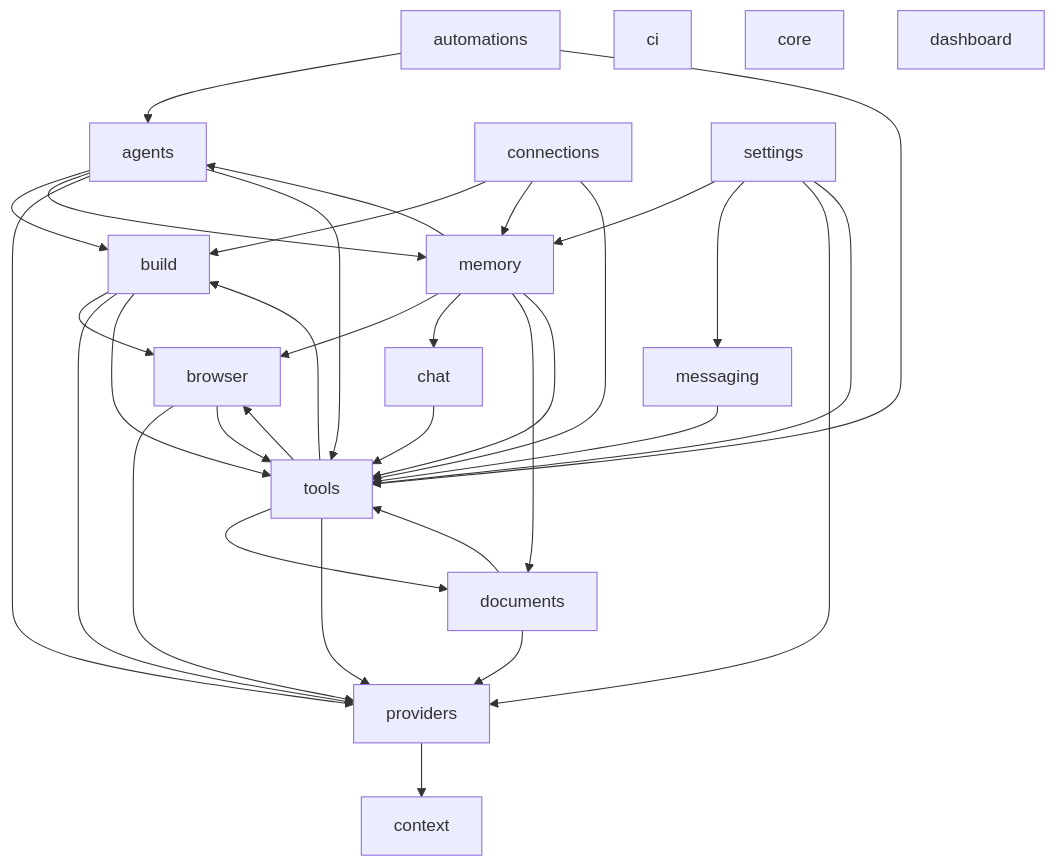
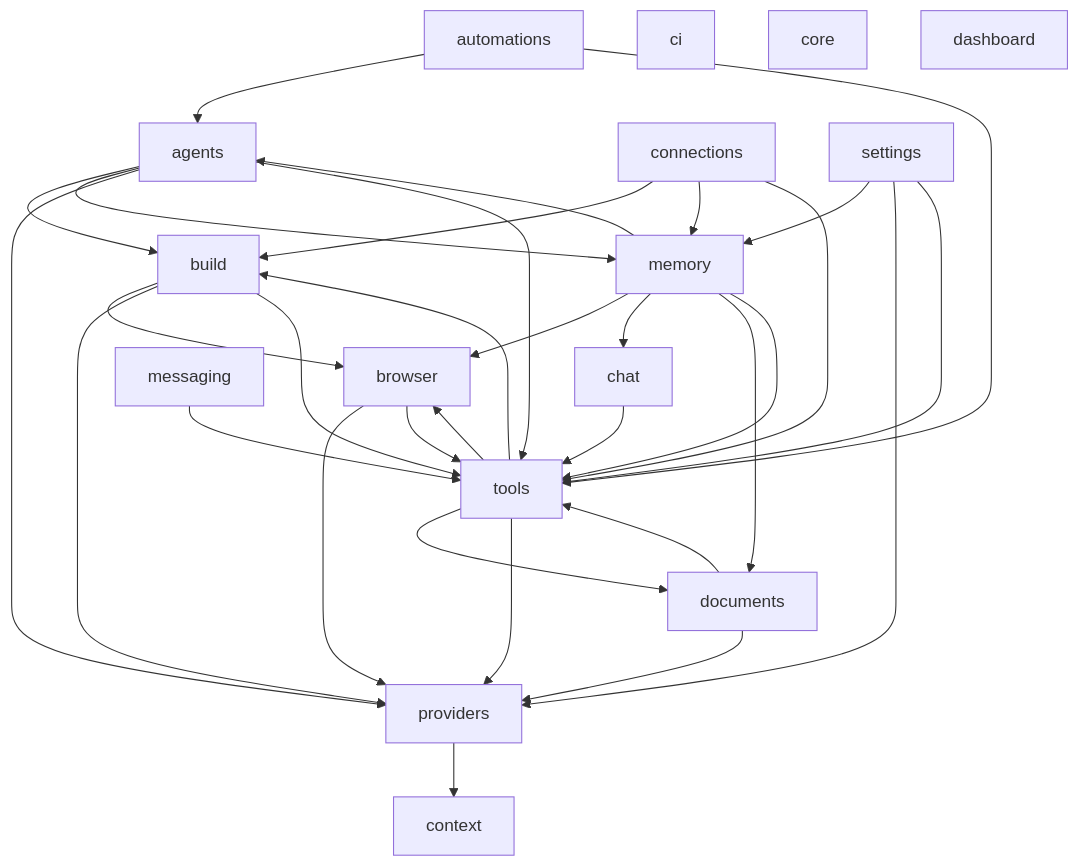
One commit to RealDealCPA-VR/Iron-Jarvis changed the second of 2 diagrams in docs/DEPENDENCIES.md. Above: the diagram before and after it, drawn with Mermaid. The commit also changed other lines of this file and 50 other files, not shown here.

````diff
--- a/docs/DEPENDENCIES.md
+++ b/docs/DEPENDENCIES.md
@@ -53,51 +53,50 @@
 ```mermaid
 flowchart TD
   agents["agents"]
   automations["automations"]
   browser["browser"]
   build["build"]
   chat["chat"]
   ci["ci"]
   connections["connections"]
   context["context"]
   core["core"]
   dashboard["dashboard"]
   documents["documents"]
   memory["memory"]
   messaging["messaging"]
   providers["providers"]
   settings["settings"]
   tools["tools"]
   agents --> build
   agents --> memory
   agents --> providers
   agents --> tools
   automations --> agents
   automations --> tools
   browser --> providers
   browser --> tools
   build --> browser
   build --> providers
   build --> tools
   chat --> tools
   connections --> build
   connections --> memory
   connections --> tools
   documents --> providers
   documents --> tools
   memory --> agents
   memory --> browser
   memory --> chat
   memory --> documents
   memory --> tools
   messaging --> tools
   providers --> context
   settings --> memory
-  settings --> messaging
   settings --> providers
   settings --> tools
   tools --> browser
   tools --> build
   tools --> documents
   tools --> providers
 ```
````
